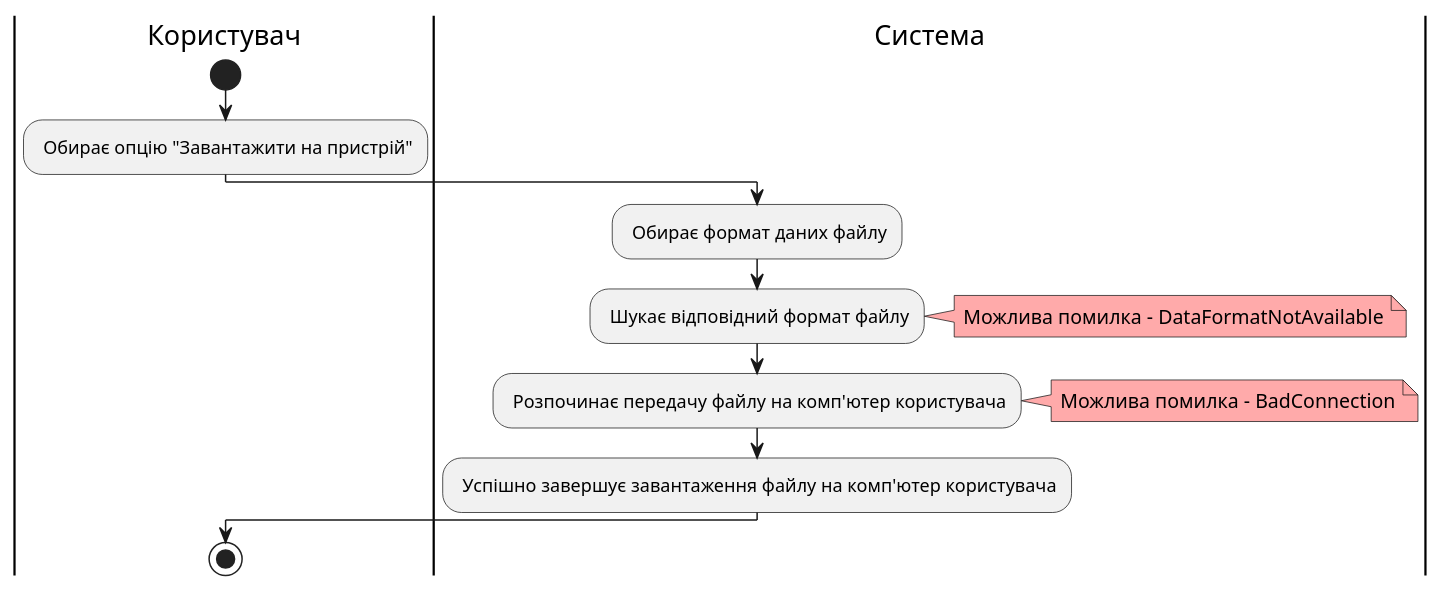
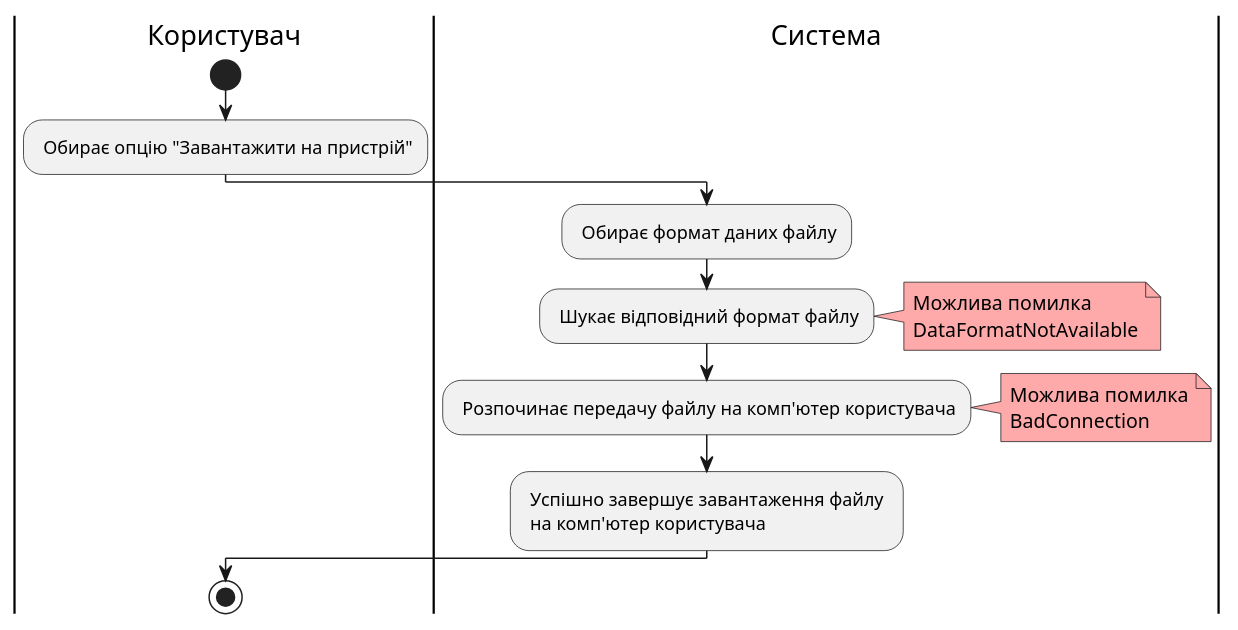
The eighth of 14 diagrams in docs/use cases/README.md (stvake/database_group2), drawn with PlantUML before and after one commit. The commit also changed other lines of this file, not shown here.

```diff
--- a/docs/use cases/README.md
+++ b/docs/use cases/README.md
@@ -322,20 +338,24 @@
 @startuml
 
     |Користувач|
     start
     : Обирає опцію "Завантажити на пристрій";
+    
     |Система|
     : Обирає формат даних файлу;
     : Шукає відповідний формат файлу;
     note right #ffaaaa
-    Можлива помилка - DataFormatNotAvailable
+        Можлива помилка
+        DataFormatNotAvailable
     end note
     : Розпочинає передачу файлу на комп'ютер користувача;
     note right #ffaaaa
-    Можлива помилка - BadConnection
+        Можлива помилка
+        BadConnection
     end note
-    : Успішно завершує завантаження файлу на комп'ютер користувача;
+    : Успішно завершує завантаження файлу \n на комп'ютер користувача;
+    
     |Користувач|
     stop
 
 @enduml
```
